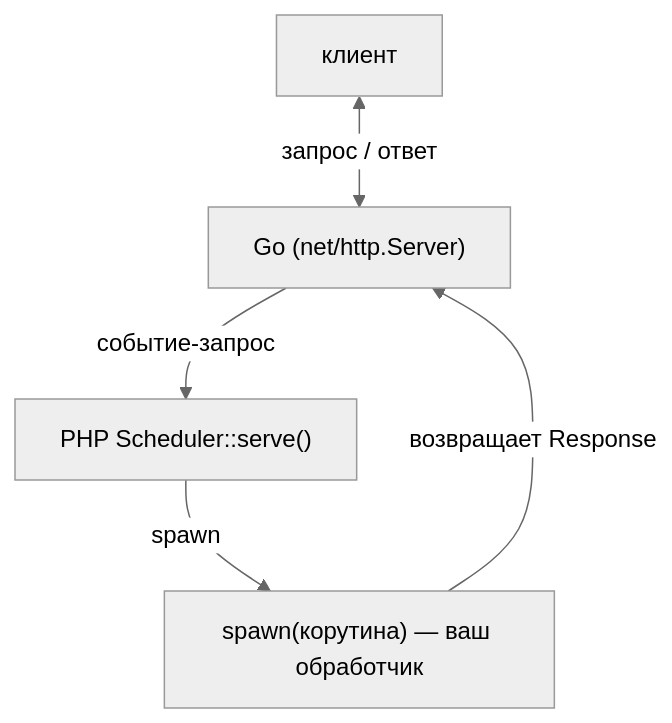
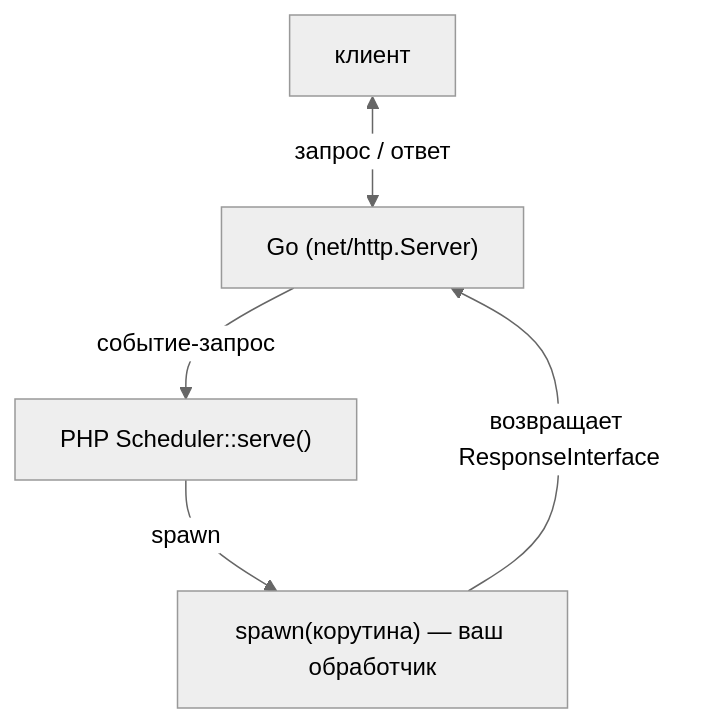
Before and after one commit to sprust/sconcur: the first of 3 diagrams in docs/http-server.ru.md, drawn with Mermaid (neutral theme). The commit also changed other lines of this file and 16 other files, not shown here.

````diff
--- a/docs/http-server.ru.md
+++ b/docs/http-server.ru.md
@@ -48,12 +48,12 @@
 ```mermaid
 flowchart TB
     Client["клиент"]
     Go["Go (net/http.Server)"]
     Sched["PHP Scheduler::serve()"]
     Handler["spawn(корутина) — ваш обработчик"]
 
     Client <-->|"запрос / ответ"| Go
     Go -->|"событие-запрос"| Sched
     Sched -->|"spawn"| Handler
-    Handler -->|"возвращает Response"| Go
+    Handler -->|"возвращает ResponseInterface"| Go
 ```
````
